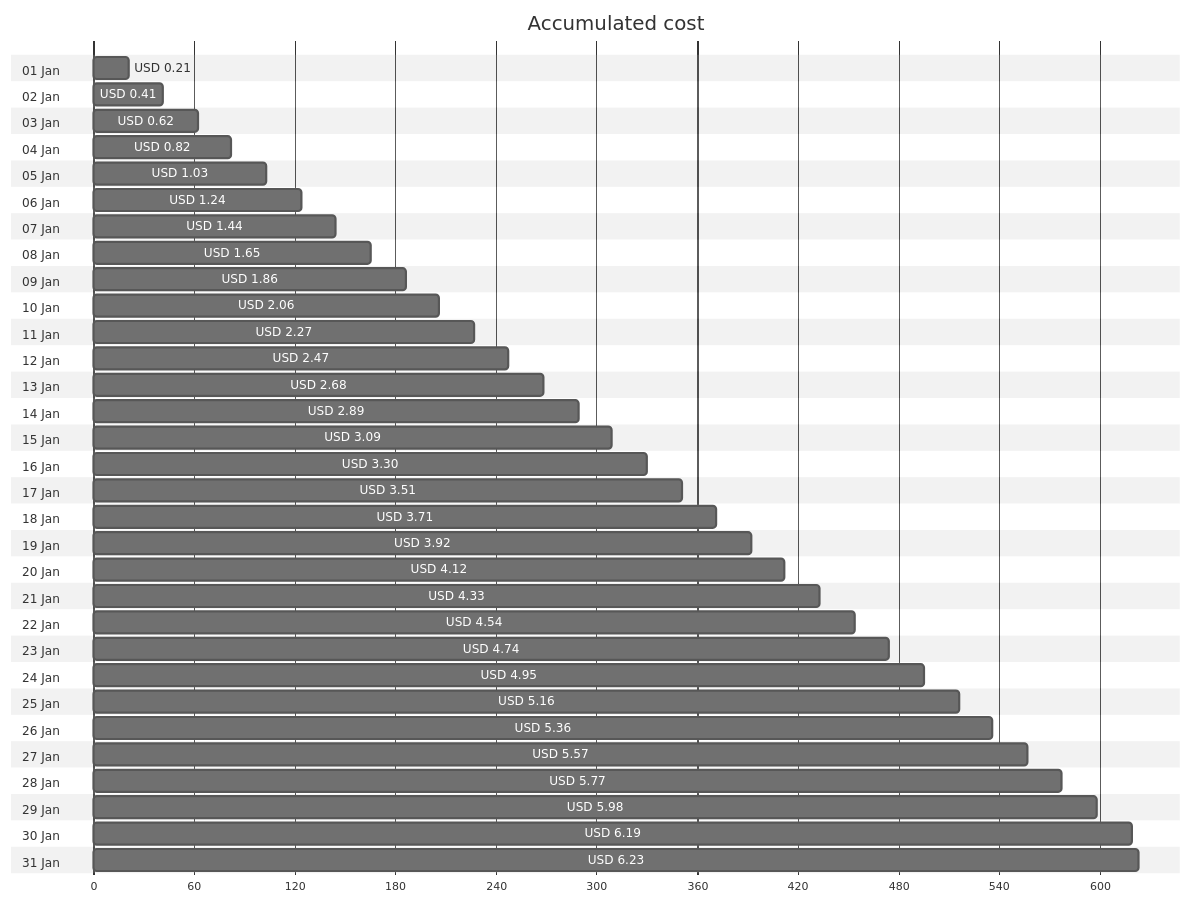
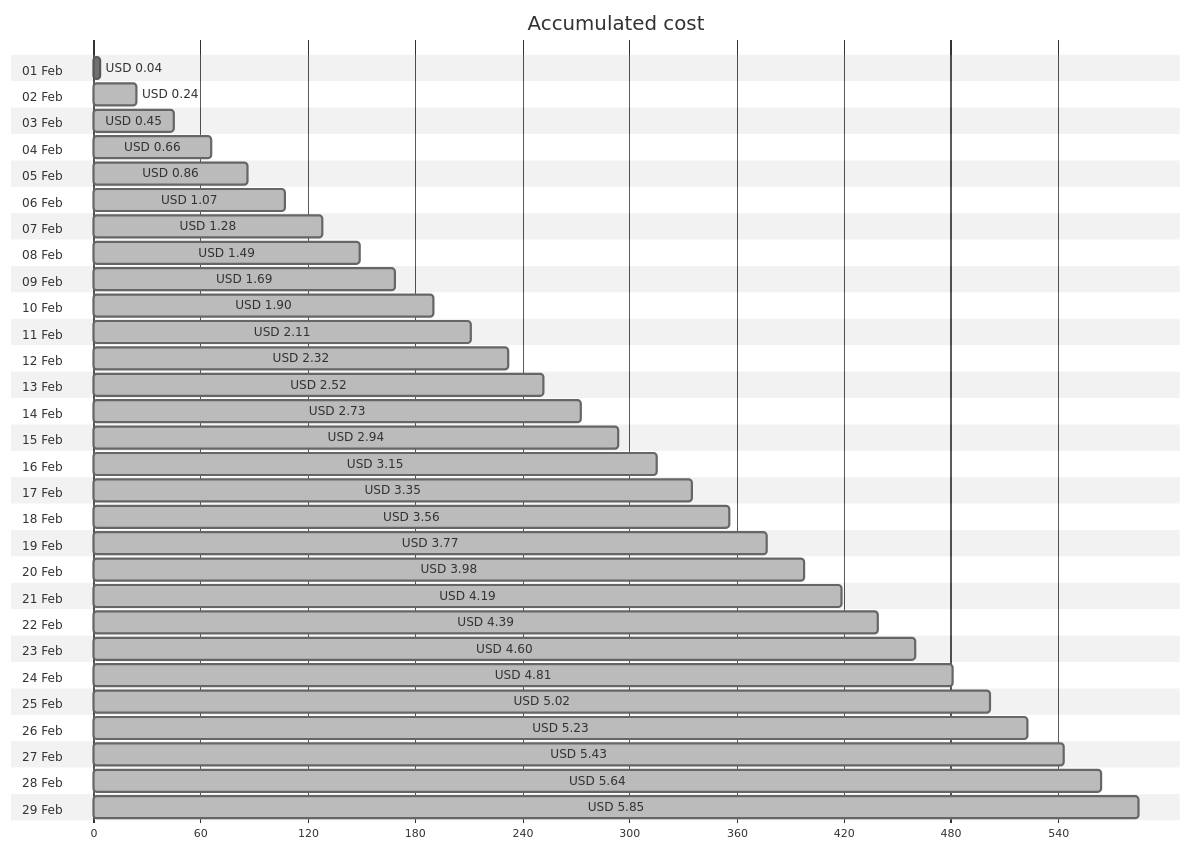
The first of 4 diagrams in cost-reports/personal-network/backup-server.md (jpfulton/azure-personal-reports), drawn with Mermaid (neutral theme) before and after one commit. The commit also changed other lines of this file and 8 other files, not shown here.

````diff
--- a/cost-reports/personal-network/backup-server.md
+++ b/cost-reports/personal-network/backup-server.md
@@ -20,68 +20,64 @@
 ```mermaid
 gantt
    title Accumulated cost
    dateFormat  X
    axisFormat %s
-   section 01 Jan
-   USD 0.21 :0, 21
-   section 02 Jan
-   USD 0.41 :0, 41
-   section 03 Jan
-   USD 0.62 :0, 62
-   section 04 Jan
-   USD 0.82 :0, 82
-   section 05 Jan
-   USD 1.03 :0, 103
-   section 06 Jan
-   USD 1.24 :0, 124
-   section 07 Jan
-   USD 1.44 :0, 144
-   section 08 Jan
-   USD 1.65 :0, 165
-   section 09 Jan
-   USD 1.86 :0, 186
-   section 10 Jan
-   USD 2.06 :0, 206
-   section 11 Jan
-   USD 2.27 :0, 227
-   section 12 Jan
-   USD 2.47 :0, 247
-   section 13 Jan
-   USD 2.68 :0, 268
-   section 14 Jan
-   USD 2.89 :0, 289
-   section 15 Jan
-   USD 3.09 :0, 309
-   section 16 Jan
-   USD 3.30 :0, 330
-   section 17 Jan
-   USD 3.51 :0, 351
-   section 18 Jan
-   USD 3.71 :0, 371
-   section 19 Jan
-   USD 3.92 :0, 392
-   section 20 Jan
-   USD 4.12 :0, 412
-   section 21 Jan
-   USD 4.33 :0, 433
-   section 22 Jan
-   USD 4.54 :0, 454
-   section 23 Jan
-   USD 4.74 :0, 474
-   section 24 Jan
-   USD 4.95 :0, 495
-   section 25 Jan
-   USD 5.16 :0, 516
-   section 26 Jan
-   USD 5.36 :0, 536
-   section 27 Jan
-   USD 5.57 :0, 557
-   section 28 Jan
-   USD 5.77 :0, 577
-   section 29 Jan
-   USD 5.98 :0, 598
-   section 30 Jan
-   USD 6.19 :0, 619
-   section 31 Jan
-   USD 6.23 :0, 623
+   section 01 Feb
+   USD 0.04 :0, 4
+   section 02 Feb
+   USD 0.24 : done, 0, 24
+   section 03 Feb
+   USD 0.45 : done, 0, 45
+   section 04 Feb
+   USD 0.66 : done, 0, 66
+   section 05 Feb
+   USD 0.86 : done, 0, 86
+   section 06 Feb
+   USD 1.07 : done, 0, 107
+   section 07 Feb
+   USD 1.28 : done, 0, 128
+   section 08 Feb
+   USD 1.49 : done, 0, 149
+   section 09 Feb
+   USD 1.69 : done, 0, 169
+   section 10 Feb
+   USD 1.90 : done, 0, 190
+   section 11 Feb
+   USD 2.11 : done, 0, 211
+   section 12 Feb
+   USD 2.32 : done, 0, 232
+   section 13 Feb
+   USD 2.52 : done, 0, 252
+   section 14 Feb
+   USD 2.73 : done, 0, 273
+   section 15 Feb
+   USD 2.94 : done, 0, 294
+   section 16 Feb
+   USD 3.15 : done, 0, 315
+   section 17 Feb
+   USD 3.35 : done, 0, 335
+   section 18 Feb
+   USD 3.56 : done, 0, 356
+   section 19 Feb
+   USD 3.77 : done, 0, 377
+   section 20 Feb
+   USD 3.98 : done, 0, 398
+   section 21 Feb
+   USD 4.19 : done, 0, 419
+   section 22 Feb
+   USD 4.39 : done, 0, 439
+   section 23 Feb
+   USD 4.60 : done, 0, 460
+   section 24 Feb
+   USD 4.81 : done, 0, 481
+   section 25 Feb
+   USD 5.02 : done, 0, 502
+   section 26 Feb
+   USD 5.23 : done, 0, 523
+   section 27 Feb
+   USD 5.43 : done, 0, 543
+   section 28 Feb
+   USD 5.64 : done, 0, 564
+   section 29 Feb
+   USD 5.85 : done, 0, 585
 ```
````
